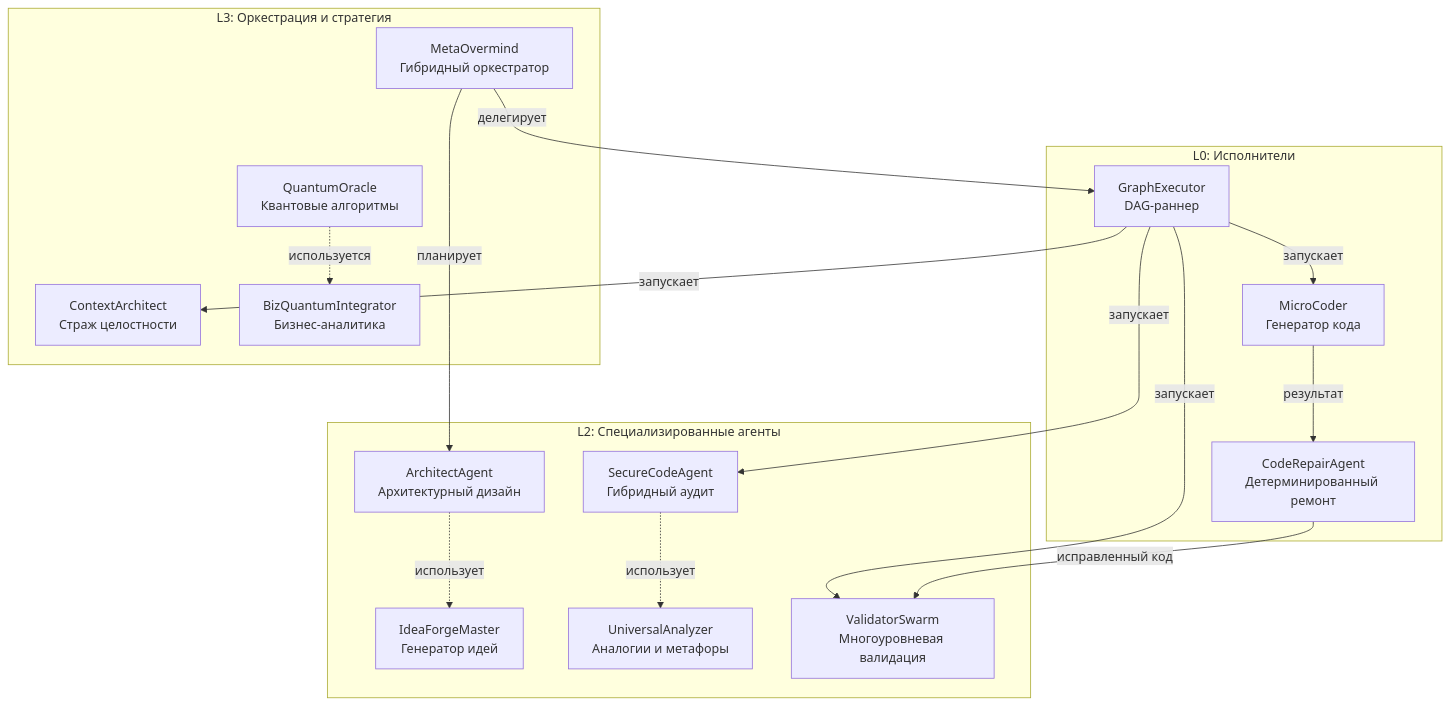
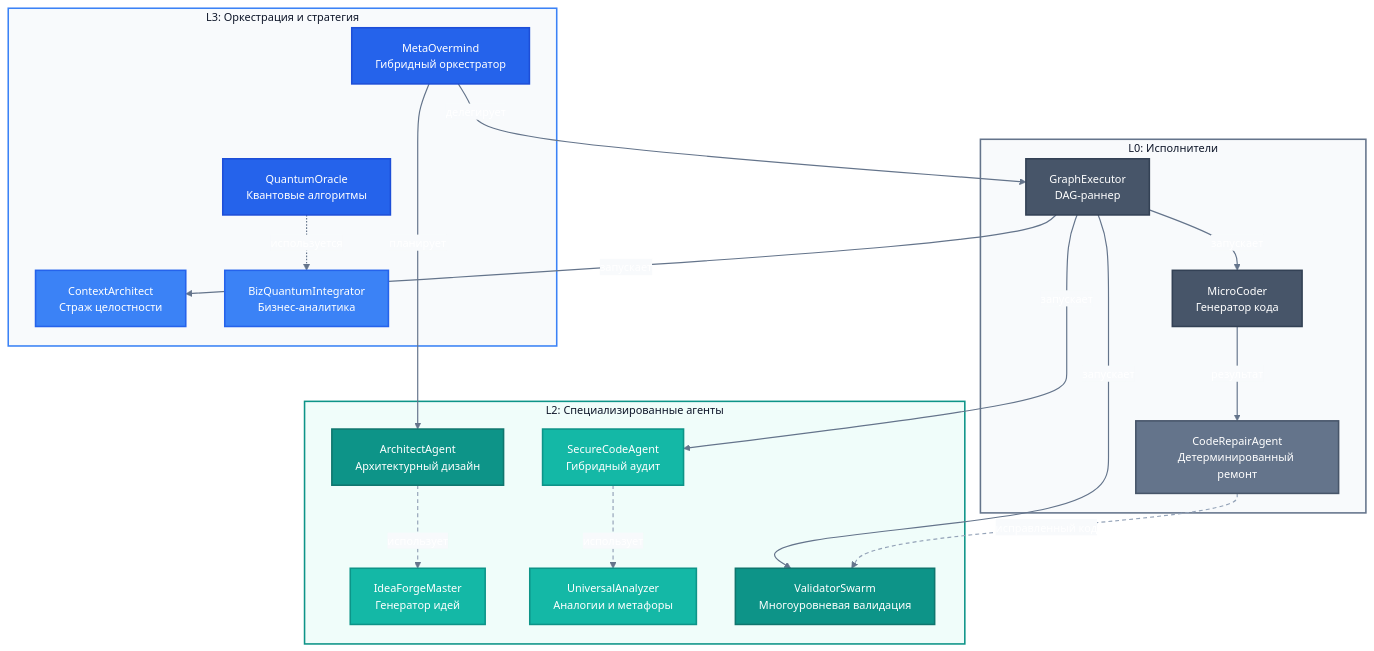
Before and after one commit to Rafned/Krait-Ecosystem: the second of 5 diagrams in docs/Architecture_RU.md, drawn with Mermaid. The commit also changed other lines of this file, not shown here.

````diff
--- a/docs/Architecture_RU.md
+++ b/docs/Architecture_RU.md
@@ -77,36 +181,80 @@
 ```mermaid
+%%{init: {'theme': 'base', 'themeVariables': {
+  'lineColor': '#64748B',
+  'primaryColor': '#3B82F6',
+  'primaryTextColor': '#FFFFFF',
+  'primaryBorderColor': '#2563EB',
+  'secondaryColor': '#0D9488',
+  'tertiaryColor': '#0F172A',
+  'fontFamily': 'system-ui, -apple-system, sans-serif',
+  'fontSize': '14px',
+  'edgeLabelBackground': '#F8FAFC'
+}}}%%
+
 flowchart TD
+    %% ===== L3 УРОВЕНЬ (Синий - Оркестрация) =====
     subgraph L3 ["L3: Оркестрация и стратегия"]
-        MO[MetaOvermind<br/>Гибридный оркестратор]
-        CA_L3[ContextArchitect<br/>Страж целостности]
-        BQI[BizQuantumIntegrator<br/>Бизнес-аналитика]
-        QO[QuantumOracle<br/>Квантовые алгоритмы]
+        MO["MetaOvermind<br/>Гибридный оркестратор"]
+        CA_L3["ContextArchitect<br/>Страж целостности"]
+        BQI["BizQuantumIntegrator<br/>Бизнес-аналитика"]
+        QO["QuantumOracle<br/>Квантовые алгоритмы"]
     end
 
+    %% ===== L2 УРОВЕНЬ (Бирюзовый - Спец. агенты) =====
     subgraph L2 ["L2: Специализированные агенты"]
-        AA[ArchitectAgent<br/>Архитектурный дизайн]
-        SCA[SecureCodeAgent<br/>Гибридный аудит]
-        IFM[IdeaForgeMaster<br/>Генератор идей]
-        UA[UniversalAnalyzer<br/>Аналогии и метафоры]
-        VS[ValidatorSwarm<br/>Многоуровневая валидация]
+        AA["ArchitectAgent<br/>Архитектурный дизайн"]
+        SCA["SecureCodeAgent<br/>Гибридный аудит"]
+        IFM["IdeaForgeMaster<br/>Генератор идей"]
+        UA["UniversalAnalyzer<br/>Аналогии и метафоры"]
+        VS["ValidatorSwarm<br/>Многоуровневая валидация"]
     end
 
+    %% ===== L0 УРОВЕНЬ (Серый - Исполнители) =====
     subgraph L0 ["L0: Исполнители"]
-        MC_L0[MicroCoder<br/>Генератор кода]
-        CRA_L0[CodeRepairAgent<br/>Детерминированный ремонт]
-        GE[GraphExecutor<br/>DAG-раннер]
+        MC_L0["MicroCoder<br/>Генератор кода"]
+        CRA_L0["CodeRepairAgent<br/>Детерминированный ремонт"]
+        GE["GraphExecutor<br/>DAG-раннер"]
     end
 
-    MO -->|планирует| AA
-    MO -->|делегирует| GE
-    GE -->|запускает| MC_L0
-    GE -->|запускает| VS
-    GE -->|запускает| CA_L3
-    GE -->|запускает| SCA
-    MC_L0 -->|результат| CRA_L0
-    CRA_L0 -->|исправленный код| VS
+    %% ===== ОСНОВНЫЕ ПОТОКИ =====
+    MO -->|"планирует"| AA
+    MO -->|"делегирует"| GE
     
-    AA -.->|использует| IFM
-    SCA -.->|использует| UA
-    QO -.->|используется| BQI
+    GE -->|"запускает"| MC_L0
+    GE -->|"запускает"| VS
+    GE -->|"запускает"| CA_L3
+    GE -->|"запускает"| SCA
+    
+    MC_L0 -->|"результат"| CRA_L0
+    CRA_L0 -->|"исправленный код"| VS
+
+    %% ===== ВСПОМОГАТЕЛЬНЫЕ ПОТОКИ =====
+    AA -.->|"использует"| IFM
+    SCA -.->|"использует"| UA
+    QO -.->|"используется"| BQI
+
+    %% ===== ЕДИНЫЙ СТИЛЬ (Синий) =====
+    style L3 fill:#F8FAFC,stroke:#3B82F6,stroke-width:2px,color:#0F172A
+    style MO fill:#2563EB,stroke:#1D4ED8,stroke-width:2px,color:#FFFFFF
+    style CA_L3 fill:#3B82F6,stroke:#2563EB,stroke-width:2px,color:#FFFFFF
+    style BQI fill:#3B82F6,stroke:#2563EB,stroke-width:2px,color:#FFFFFF
+    style QO fill:#2563EB,stroke:#1D4ED8,stroke-width:2px,color:#FFFFFF
+
+    %% ===== ЕДИНЫЙ СТИЛЬ (Бирюзовый) =====
+    style L2 fill:#F0FDFA,stroke:#0D9488,stroke-width:2px,color:#0F172A
+    style AA fill:#0D9488,stroke:#0F766E,stroke-width:2px,color:#FFFFFF
+    style SCA fill:#14B8A6,stroke:#0D9488,stroke-width:2px,color:#FFFFFF
+    style IFM fill:#14B8A6,stroke:#0D9488,stroke-width:2px,color:#FFFFFF
+    style UA fill:#14B8A6,stroke:#0D9488,stroke-width:2px,color:#FFFFFF
+    style VS fill:#0D9488,stroke:#0F766E,stroke-width:2px,color:#FFFFFF
+
+    %% ===== ЕДИНЫЙ СТИЛЬ (Серый/Slate) =====
+    style L0 fill:#F8FAFC,stroke:#64748B,stroke-width:2px,color:#0F172A
+    style MC_L0 fill:#475569,stroke:#334155,stroke-width:2px,color:#FFFFFF
+    style CRA_L0 fill:#64748B,stroke:#475569,stroke-width:2px,color:#FFFFFF
+    style GE fill:#475569,stroke:#334155,stroke-width:2px,color:#FFFFFF
+
+    %% ===== ЛИНИИ =====
+    linkStyle default stroke:#64748B,stroke-width:1.5px
+    linkStyle 7,8,9 stroke:#94A3B8,stroke-width:1.5px,stroke-dasharray:5 4
 ```
````
